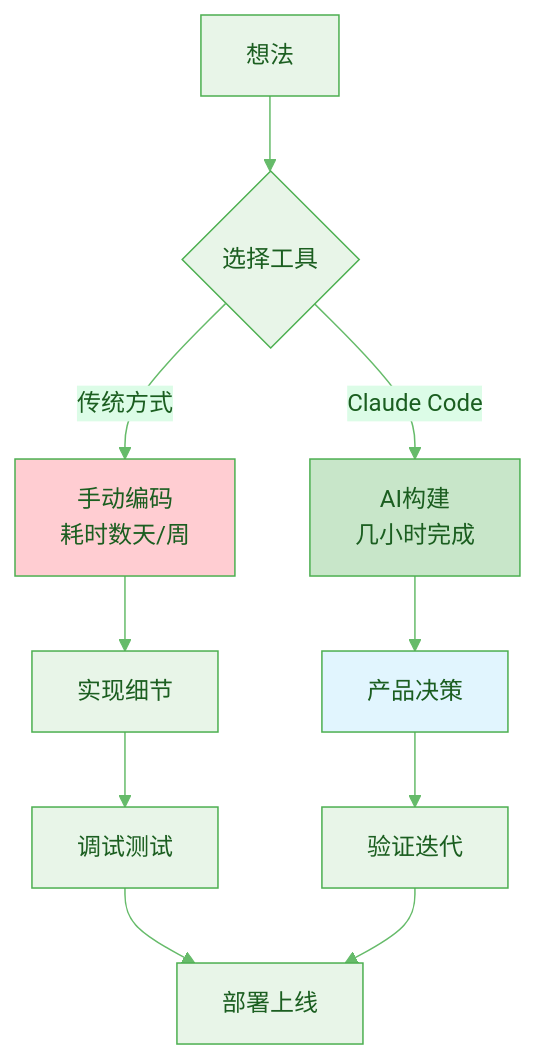
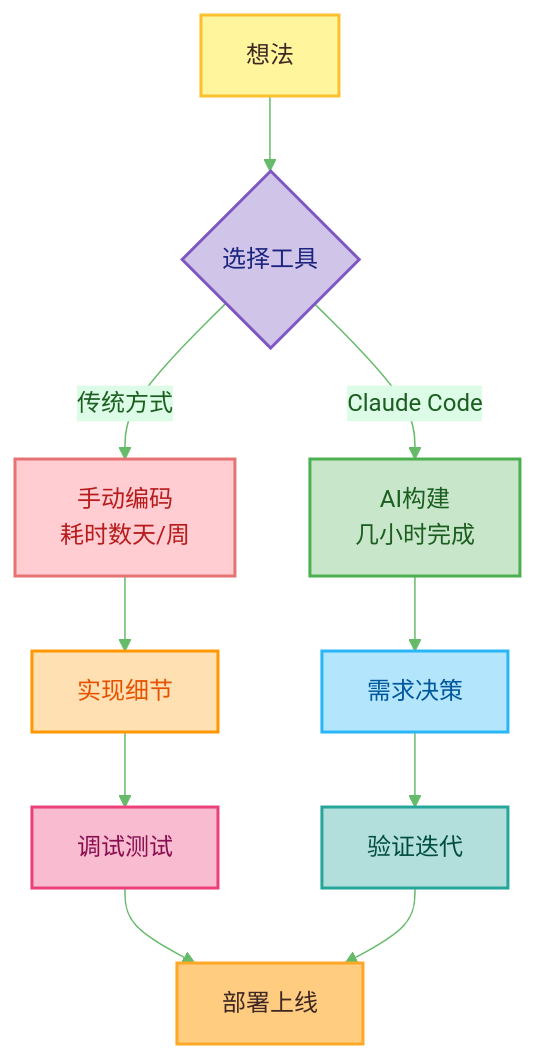
One commit to microwind/ai-skills changed the third of 16 diagrams in docs/claude/ClaudeCodeAI编程完全指南.md. Above: the diagram before and after it, drawn with Mermaid. The commit also changed other lines of this file and 6 other files, not shown here.

````diff
--- a/docs/claude/ClaudeCodeAI编程完全指南.md
+++ b/docs/claude/ClaudeCodeAI编程完全指南.md
@@ -108,20 +90,27 @@
 ```mermaid
-%%{init: {'theme': 'base', 'themeVariables': { 'background': '#f0fdf4', 'secondaryColor': '#dcfce7', 'tertiaryColor': '#bbf7d0', 'primaryColor': '#e8f5e8', 'primaryTextColor': '#1b5e20', 'primaryBorderColor': '#4caf50', 'lineColor': '#66bb6a', 'fillType0': '#c8e6c9', 'fillType1': '#a5d6a7', 'fillType2': '#81c784' }}}%%
+%%{init: {'theme': 'base', 'themeVariables': { 'background': '#f0fdf4', 'secondaryColor': '#dcfce7', 'tertiaryColor': '#bbf7d0', 'primaryColor': '#e8f5e8', 'primaryTextColor': '#1b5e20', 'primaryBorderColor': '#4caf50', 'lineColor': '#66bb6a', 'fillType0': '#fff9c4', 'fillType1': '#e1bee7', 'fillType2': '#ffccbc' }}}%%
 flowchart TD
     A[想法] --> B{选择工具}
     B -->|传统方式| C[手动编码<br>耗时数天/周]
     B -->|Claude Code| D[AI构建<br>几小时完成]
     
     C --> E[实现细节]
-    D --> F[产品决策]
+    D --> F[需求决策]
     
     E --> G[调试测试]
     F --> H[验证迭代]
     
     G --> I[部署上线]
     H --> I
-    
-    style C fill:#ffcdd2
-    style D fill:#c8e6c9
-    style F fill:#e1f5fe
+
+    %% 为各个节点增加独立的底色
+    style A fill:#fff59d,stroke:#fbc02d,stroke-width:2px,color:#3e2723
+    style B fill:#d1c4e9,stroke:#7e57c2,stroke-width:2px,color:#1a237e
+    style C fill:#ffcdd2,stroke:#e57373,stroke-width:2px,color:#b71c1c
+    style D fill:#c8e6c9,stroke:#4caf50,stroke-width:2px,color:#1b5e20
+    style E fill:#ffe0b2,stroke:#ff9800,stroke-width:2px,color:#e65100
+    style F fill:#b3e5fc,stroke:#29b6f6,stroke-width:2px,color:#01579b
+    style G fill:#f8bbd0,stroke:#ec407a,stroke-width:2px,color:#880e4f
+    style H fill:#b2dfdb,stroke:#26a69a,stroke-width:2px,color:#004d40
+    style I fill:#ffcc80,stroke:#ffa726,stroke-width:2px,color:#3e2723
 ```
````
